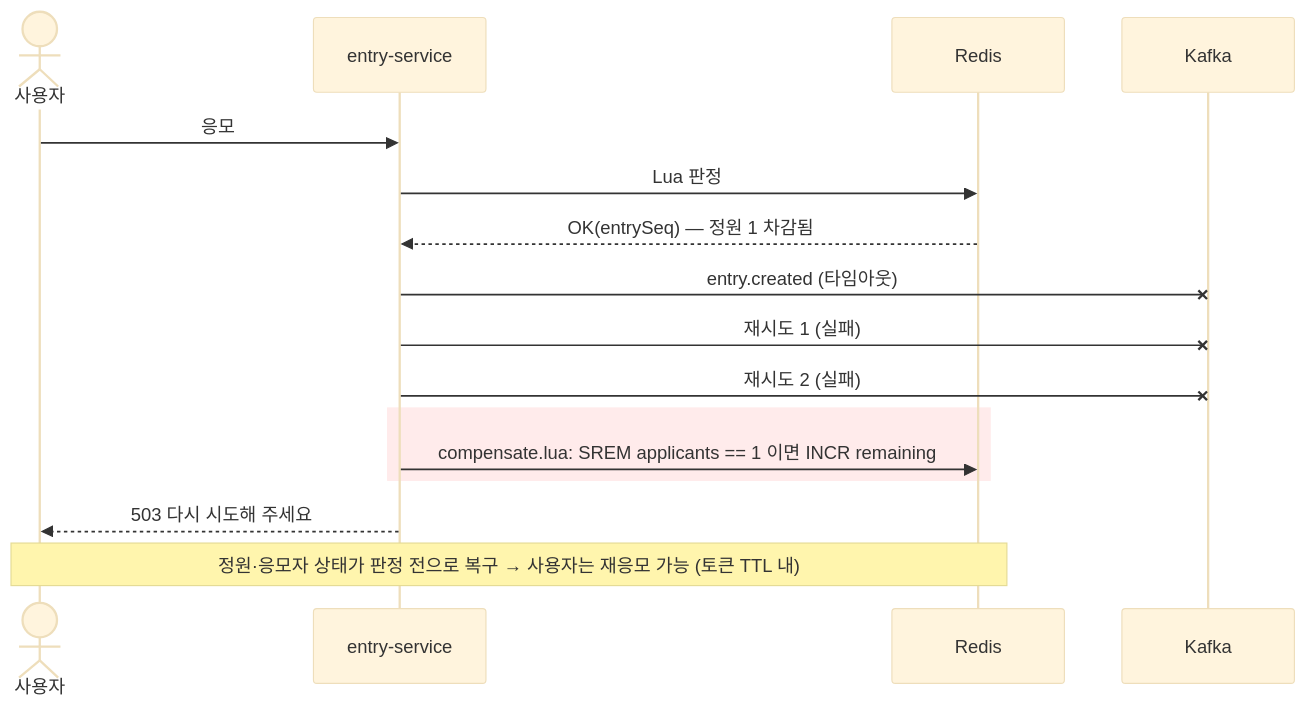
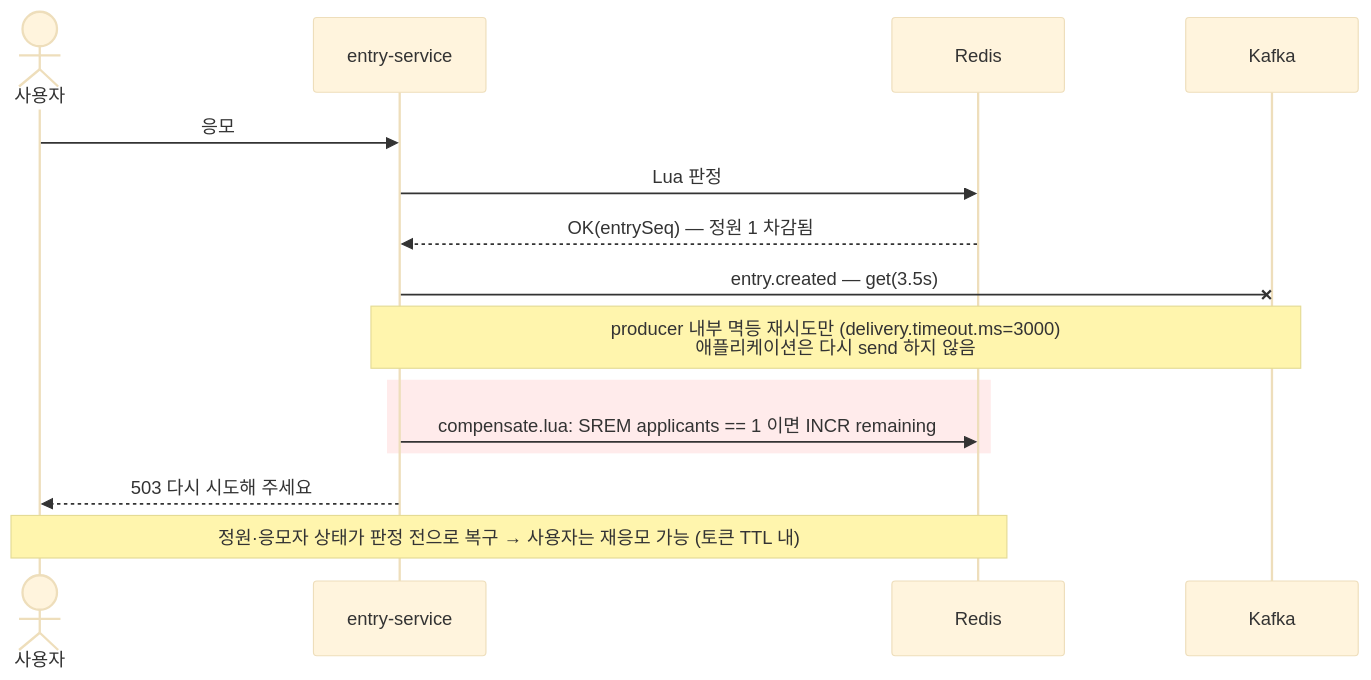
The sixth of 10 diagrams in docs/design/08-sequence-diagram/sequence-diagram.md (dd-jiny/queue-drop), drawn with Mermaid (base theme) before and after one commit. The commit also changed other lines of this file and 24 other files, not shown here.

````diff
--- a/docs/design/08-sequence-diagram/sequence-diagram.md
+++ b/docs/design/08-sequence-diagram/sequence-diagram.md
@@ -285,19 +287,18 @@
 ```mermaid
 sequenceDiagram
     actor U as 사용자
     participant ES as entry-service
     participant R as Redis
     participant K as Kafka
 
     U->>ES: 응모
     ES->>R: Lua 판정
     R-->>ES: OK(entrySeq) — 정원 1 차감됨
-    ES-xK: entry.created (타임아웃)
-    ES-xK: 재시도 1 (실패)
-    ES-xK: 재시도 2 (실패)
+    ES-xK: entry.created — get(3.5s)
+    Note over ES,K: producer 내부 멱등 재시도만 (delivery.timeout.ms=3000)<br/>애플리케이션은 다시 send 하지 않음
     rect rgb(255, 235, 235)
     ES->>R: compensate.lua: SREM applicants == 1 이면 INCR remaining
     end
     ES-->>U: 503 다시 시도해 주세요
     Note over U,R: 정원·응모자 상태가 판정 전으로 복구 → 사용자는 재응모 가능 (토큰 TTL 내)
 ```
````
